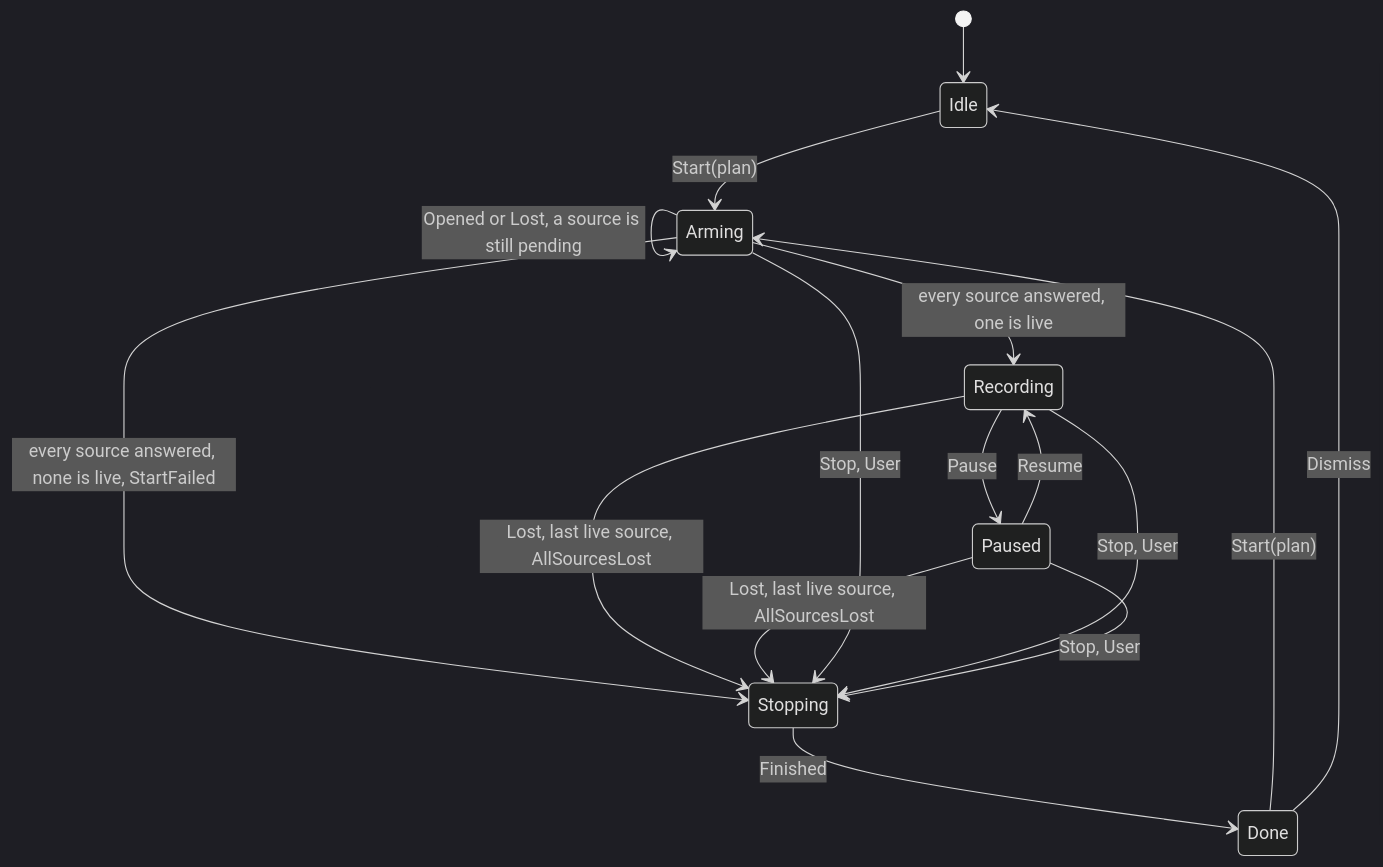
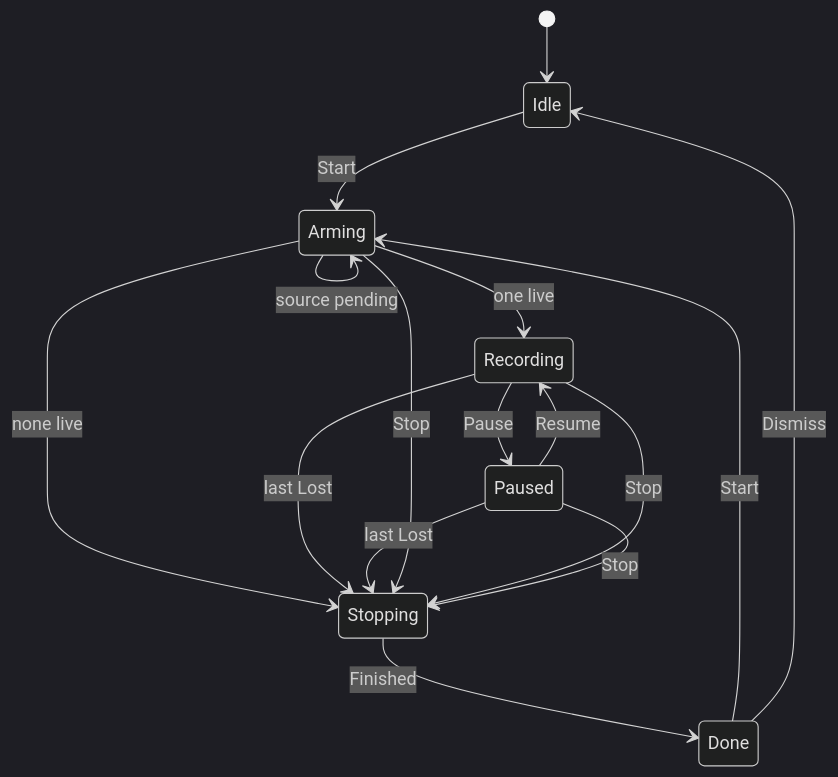
One commit to mokmok-dev/koe changed the fourth of 6 diagrams in apps/koe-desktop/ARCHITECTURE.md. Above: the diagram before and after it, drawn with Mermaid (dark theme). The commit also changed other lines of this file, not shown here.

First line of the commit message:
docs(desktop): keep every diagram inside GitHub's column

````diff
--- a/apps/koe-desktop/ARCHITECTURE.md
+++ b/apps/koe-desktop/ARCHITECTURE.md
@@ -267,18 +239,18 @@
 ```mermaid
 stateDiagram-v2
     [*] --> Idle
-    Idle --> Arming: Start(plan)
-    Done --> Arming: Start(plan)
-    Arming --> Arming: Opened or Lost, a source is still pending
-    Arming --> Recording: every source answered, one is live
-    Arming --> Stopping: every source answered, none is live, StartFailed
-    Recording --> Stopping: Lost, last live source, AllSourcesLost
-    Paused --> Stopping: Lost, last live source, AllSourcesLost
+    Idle --> Arming: Start
+    Done --> Arming: Start
+    Arming --> Arming: source pending
+    Arming --> Recording: one live
+    Arming --> Stopping: none live
+    Recording --> Stopping: last Lost
+    Paused --> Stopping: last Lost
     Recording --> Paused: Pause
     Paused --> Recording: Resume
-    Arming --> Stopping: Stop, User
-    Recording --> Stopping: Stop, User
-    Paused --> Stopping: Stop, User
+    Arming --> Stopping: Stop
+    Recording --> Stopping: Stop
+    Paused --> Stopping: Stop
     Stopping --> Done: Finished
     Done --> Idle: Dismiss
 ```
````
